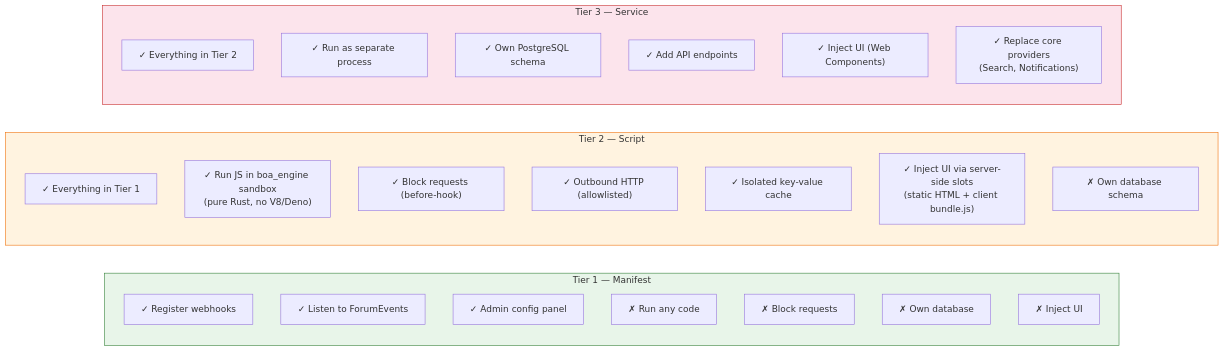
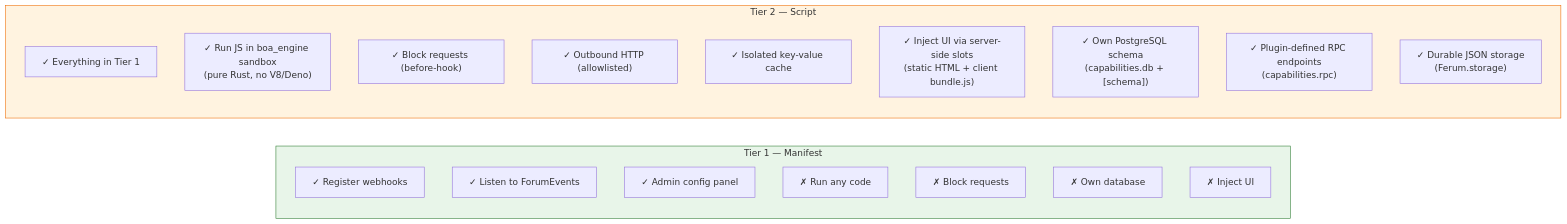
One commit to rex-pj/ferum-board changed the third of 14 diagrams in docs/plugin-system/technical-design.md. Above: the diagram before and after it, drawn with Mermaid. The commit also changed other lines of this file and 18 other files, not shown here.

````diff
--- a/docs/plugin-system/technical-design.md
+++ b/docs/plugin-system/technical-design.md
@@ -132,35 +141,27 @@
 ```mermaid
 graph LR
     subgraph T1["Tier 1 — Manifest"]
         T1A["✓ Register webhooks"]
         T1B["✓ Listen to ForumEvents"]
         T1C["✓ Admin config panel"]
         T1D["✗ Run any code"]
         T1E["✗ Block requests"]
         T1F["✗ Own database"]
         T1G["✗ Inject UI"]
     end
 
     subgraph T2["Tier 2 — Script"]
         T2A["✓ Everything in Tier 1"]
         T2B["✓ Run JS in boa_engine sandbox\n(pure Rust, no V8/Deno)"]
         T2C["✓ Block requests (before-hook)"]
         T2D["✓ Outbound HTTP (allowlisted)"]
         T2E["✓ Isolated key-value cache"]
         T2F["✓ Inject UI via server-side slots\n(static HTML + client bundle.js)"]
-        T2G["✗ Own database schema"]
-    end
-
-    subgraph T3["Tier 3 — Service"]
-        T3A["✓ Everything in Tier 2"]
-        T3B["✓ Run as separate process"]
-        T3C["✓ Own PostgreSQL schema"]
-        T3D["✓ Add API endpoints"]
-        T3E["✓ Inject UI (Web Components)"]
-        T3F["✓ Replace core providers\n(Search, Notifications)"]
+        T2G["✓ Own PostgreSQL schema\n(capabilities.db + [schema])"]
+        T2H["✓ Plugin-defined RPC endpoints\n(capabilities.rpc)"]
+        T2I["✓ Durable JSON storage\n(Ferum.storage)"]
     end
 
     style T1 fill:#e8f5e9,stroke:#2e7d32
     style T2 fill:#fff3e0,stroke:#ef6c00
-    style T3 fill:#fce4ec,stroke:#c62828
 ```
````
